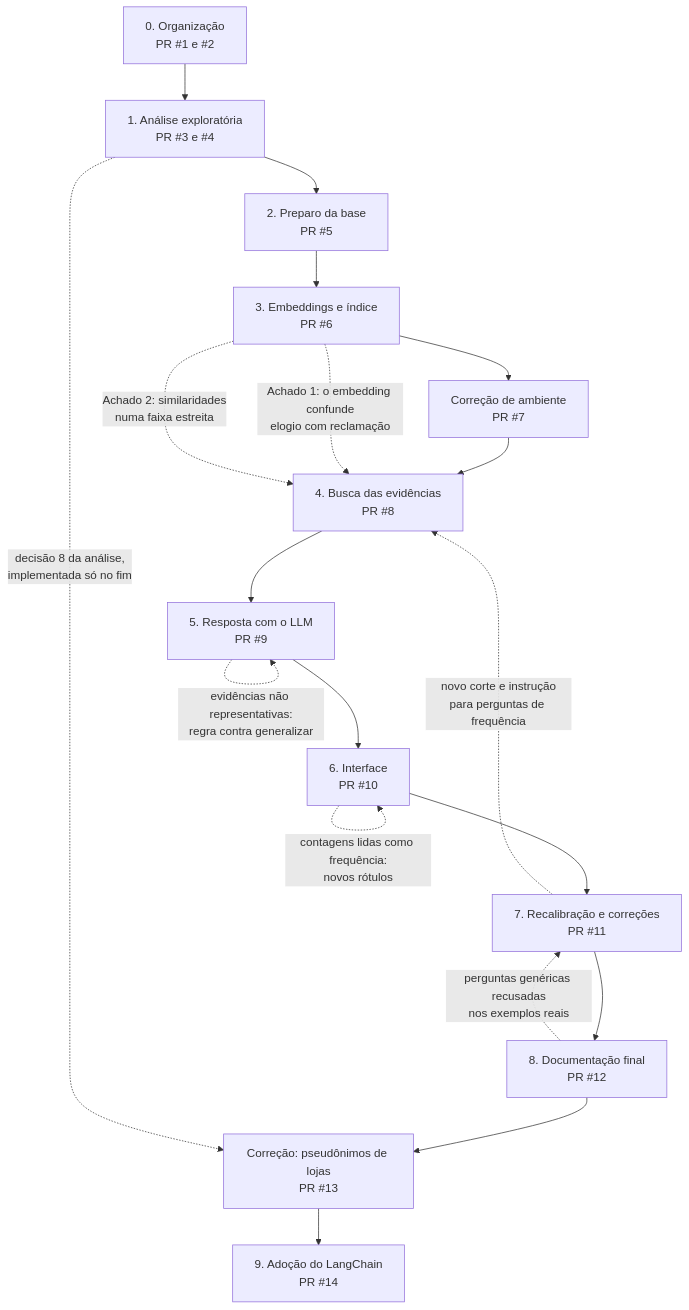
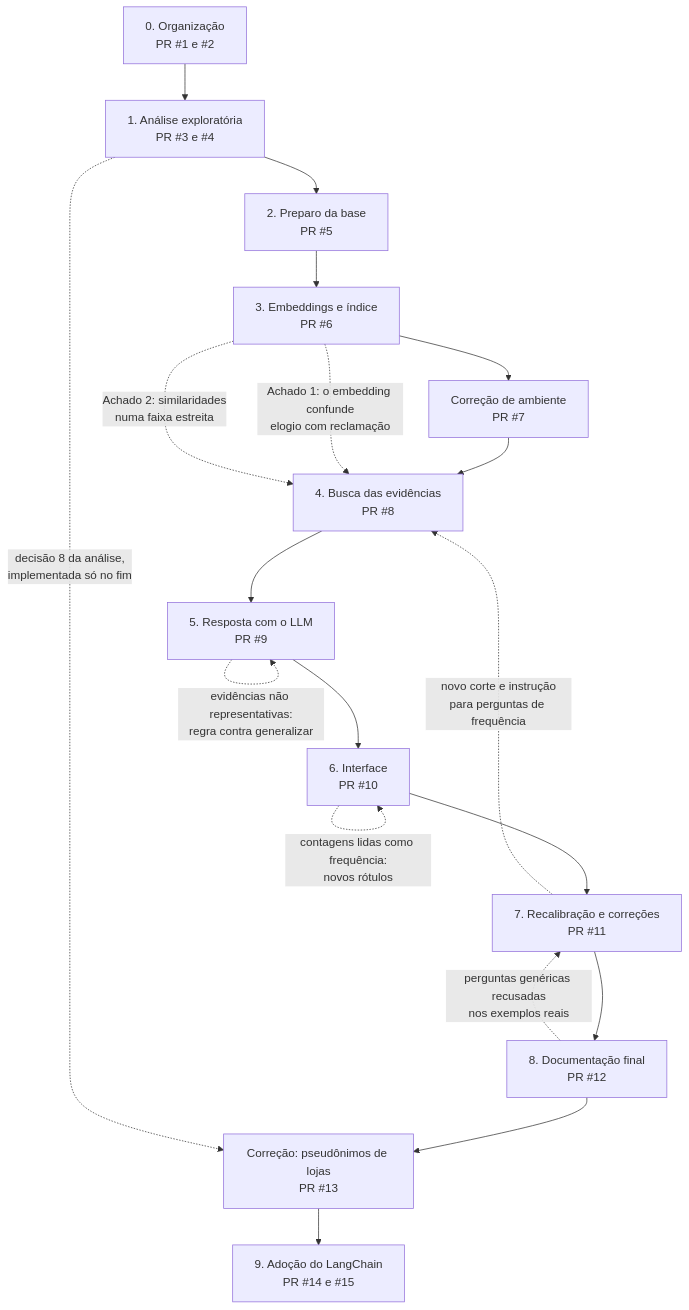
The diagram in docs/processo.md (Dinaldorc/tech-challenge-fase4), drawn with Mermaid before and after one commit. The commit also changed other lines of this file and 10 other files, not shown here.

First line of the commit message:
Reescreve prompt, LLM e fluxo como cadeia LCEL do LangChain

````diff
--- a/docs/processo.md
+++ b/docs/processo.md
@@ -16,22 +16,22 @@
 ```mermaid
 flowchart TD
     E0["0. Organização<br/>PR #1 e #2"] --> E1["1. Análise exploratória<br/>PR #3 e #4"]
     E1 --> E2["2. Preparo da base<br/>PR #5"]
     E2 --> E3["3. Embeddings e índice<br/>PR #6"]
     E3 --> E3b["Correção de ambiente<br/>PR #7"]
     E3b --> E4["4. Busca das evidências<br/>PR #8"]
     E4 --> E5["5. Resposta com o LLM<br/>PR #9"]
     E5 --> E6["6. Interface<br/>PR #10"]
     E6 --> E7["7. Recalibração e correções<br/>PR #11"]
     E7 --> E8["8. Documentação final<br/>PR #12"]
     E8 --> E9["Correção: pseudônimos de lojas<br/>PR #13"]
-    E9 --> E10["9. Adoção do LangChain<br/>PR #14"]
+    E9 --> E10["9. Adoção do LangChain<br/>PR #14 e #15"]
 
     E3 -.->|"Achado 1: o embedding confunde<br/>elogio com reclamação"| E4
     E3 -.->|"Achado 2: similaridades<br/>numa faixa estreita"| E4
     E5 -.->|"evidências não representativas:<br/>regra contra generalizar"| E5
     E6 -.->|"contagens lidas como frequência:<br/>novos rótulos"| E6
     E8 -.->|"perguntas genéricas recusadas<br/>nos exemplos reais"| E7
     E7 -.->|"novo corte e instrução<br/>para perguntas de frequência"| E4
     E1 -.->|"decisão 8 da análise,<br/>implementada só no fim"| E9
 ```
````
